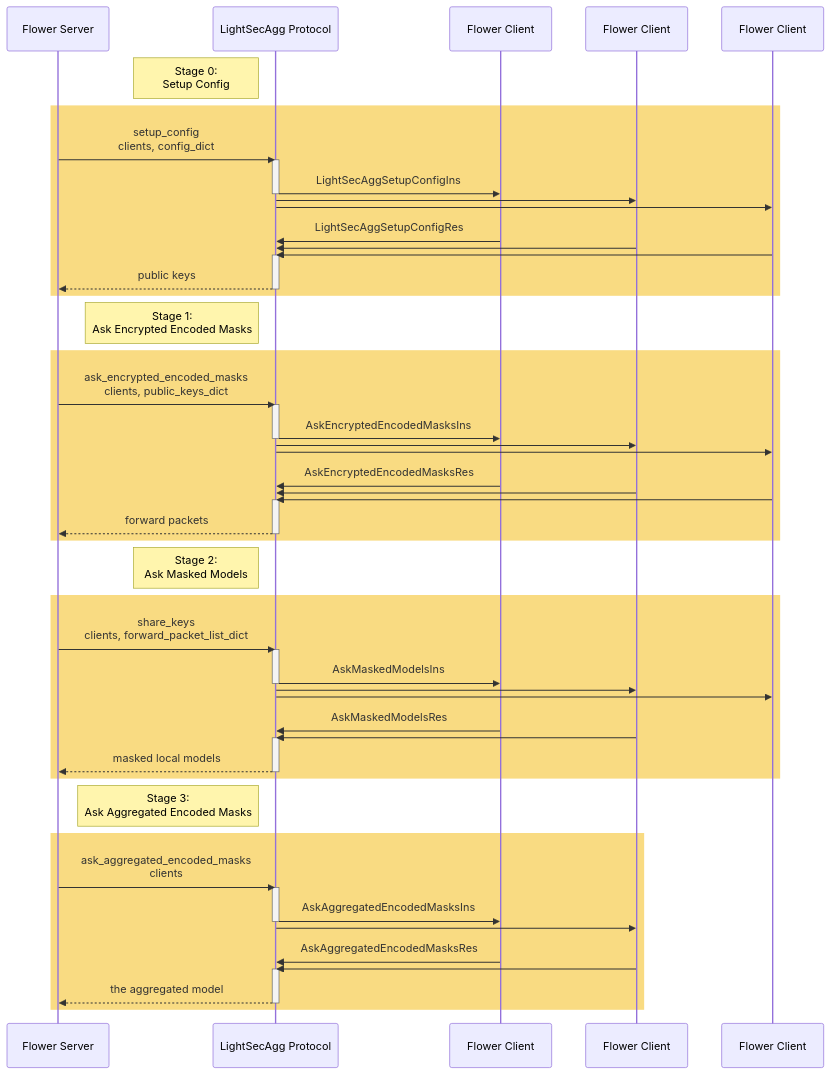
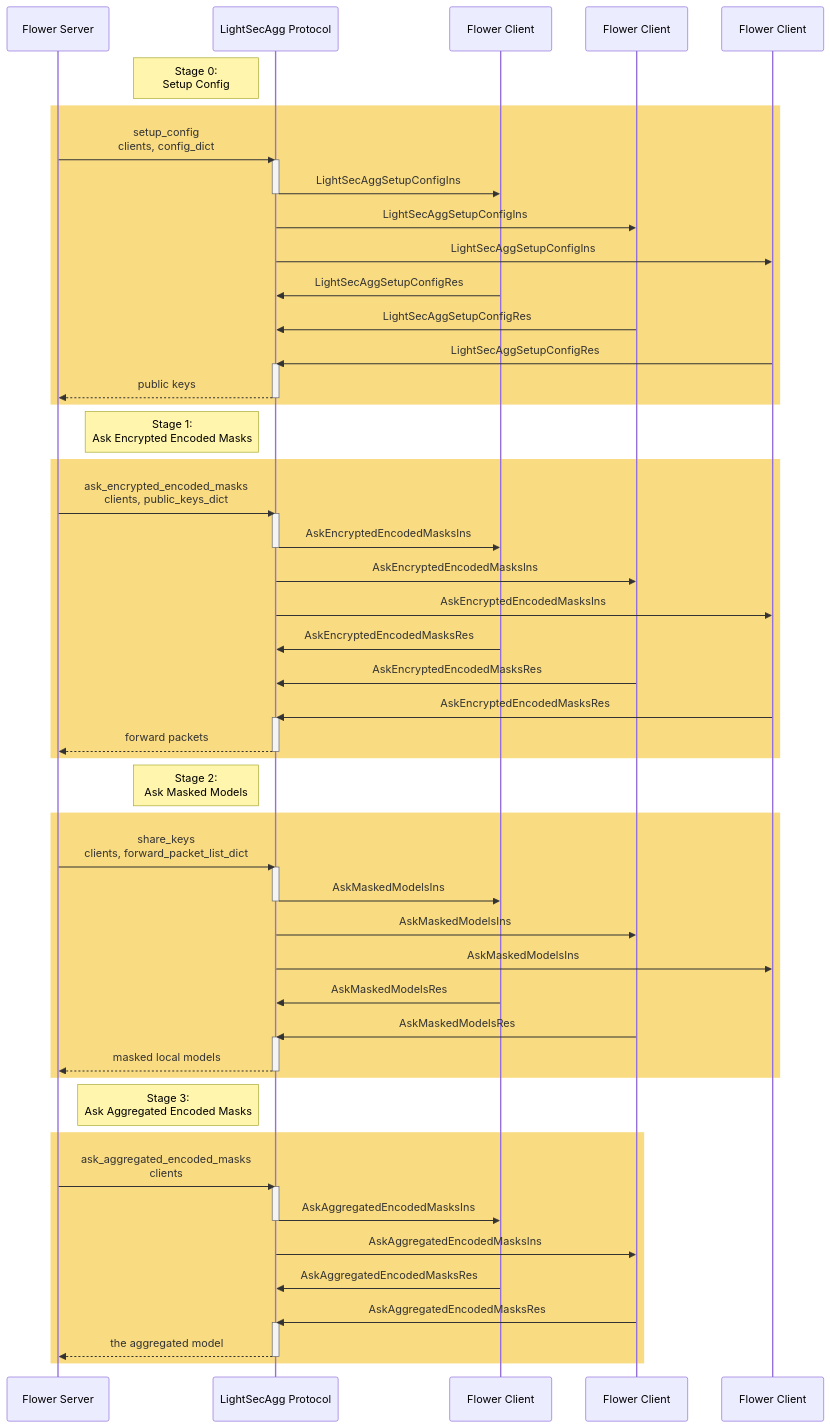
Before and after one commit to flower198765/flower: the second of 2 diagrams in doc/source/secagg.rst, drawn with Mermaid. The commit also changed other lines of this file and 1 other file, not shown here.

Commit message:
Fix mermaid diagrams for SecAgg (#1865)

```diff
--- a/doc/source/secagg.rst
+++ b/doc/source/secagg.rst
@@ -202,69 +200,69 @@
 .. mermaid::
 
     sequenceDiagram
         participant S as Flower Server
         participant P as LightSecAgg Protocol
         participant C1 as Flower Client
         participant C2 as Flower Client
         participant C3 as Flower Client
 
         Note left of P: Stage 0:<br/>Setup Config
         rect rgb(249, 219, 130)
         S->>P: setup_config<br/>clients, config_dict
         activate P
         P->>C1: LightSecAggSetupConfigIns
         deactivate P
-        P->>C2: 
-        P->>C3: 
+        P->>C2: LightSecAggSetupConfigIns
+        P->>C3: LightSecAggSetupConfigIns
         C1->>P: LightSecAggSetupConfigRes
-        C2->>P: 
-        C3->>P: 
+        C2->>P: LightSecAggSetupConfigRes
+        C3->>P: LightSecAggSetupConfigRes
         activate P
         P-->>S: public keys
         deactivate P
         end
 
         Note left of P: Stage 1:<br/>Ask Encrypted Encoded Masks
         rect rgb(249, 219, 130)
         S->>P: ask_encrypted_encoded_masks<br/>clients, public_keys_dict
         activate P
         P->>C1: AskEncryptedEncodedMasksIns
         deactivate P
-        P->>C2: 
-        P->>C3: 
+        P->>C2: AskEncryptedEncodedMasksIns
+        P->>C3: AskEncryptedEncodedMasksIns
         C1->>P: AskEncryptedEncodedMasksRes
-        C2->>P: 
-        C3->>P: 
+        C2->>P: AskEncryptedEncodedMasksRes
+        C3->>P: AskEncryptedEncodedMasksRes
         activate P
         P-->>S: forward packets
         deactivate P
         end
 
         Note left of P: Stage 2:<br/>Ask Masked Models
         rect rgb(249, 219, 130)
         S->>P: share_keys<br/>clients, forward_packet_list_dict
         activate P
         P->>C1: AskMaskedModelsIns
         deactivate P
-        P->>C2: 
-        P->>C3: 
+        P->>C2: AskMaskedModelsIns
+        P->>C3: AskMaskedModelsIns
         C1->>P: AskMaskedModelsRes
-        C2->>P: 
+        C2->>P: AskMaskedModelsRes
         activate P
         P-->>S: masked local models
         deactivate P
         end
 
         Note left of P: Stage 3:<br/>Ask Aggregated Encoded Masks
         rect rgb(249, 219, 130)
         S->>P: ask_aggregated_encoded_masks<br/>clients
         activate P
         P->>C1: AskAggregatedEncodedMasksIns
         deactivate P
-        P->>C2: 
+        P->>C2: AskAggregatedEncodedMasksIns
         C1->>P: AskAggregatedEncodedMasksRes
-        C2->>P: 
+        C2->>P: AskAggregatedEncodedMasksRes
         activate P
         P-->>S: the aggregated model
         deactivate P
         end
```
